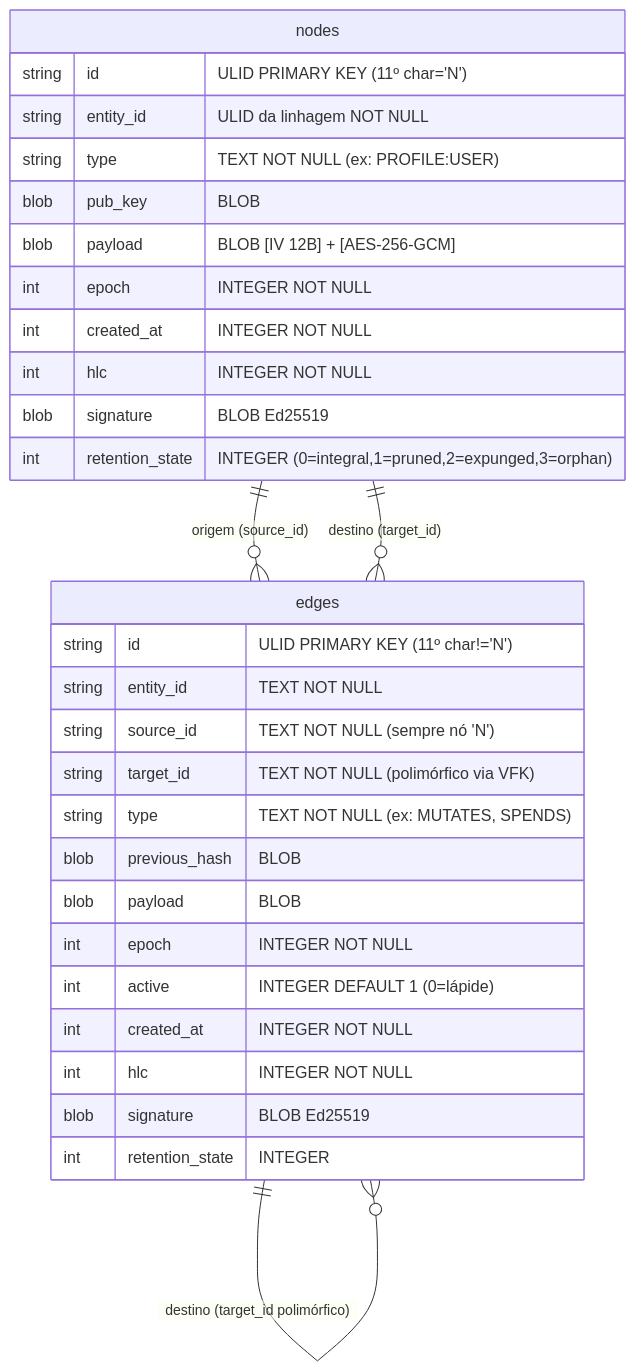
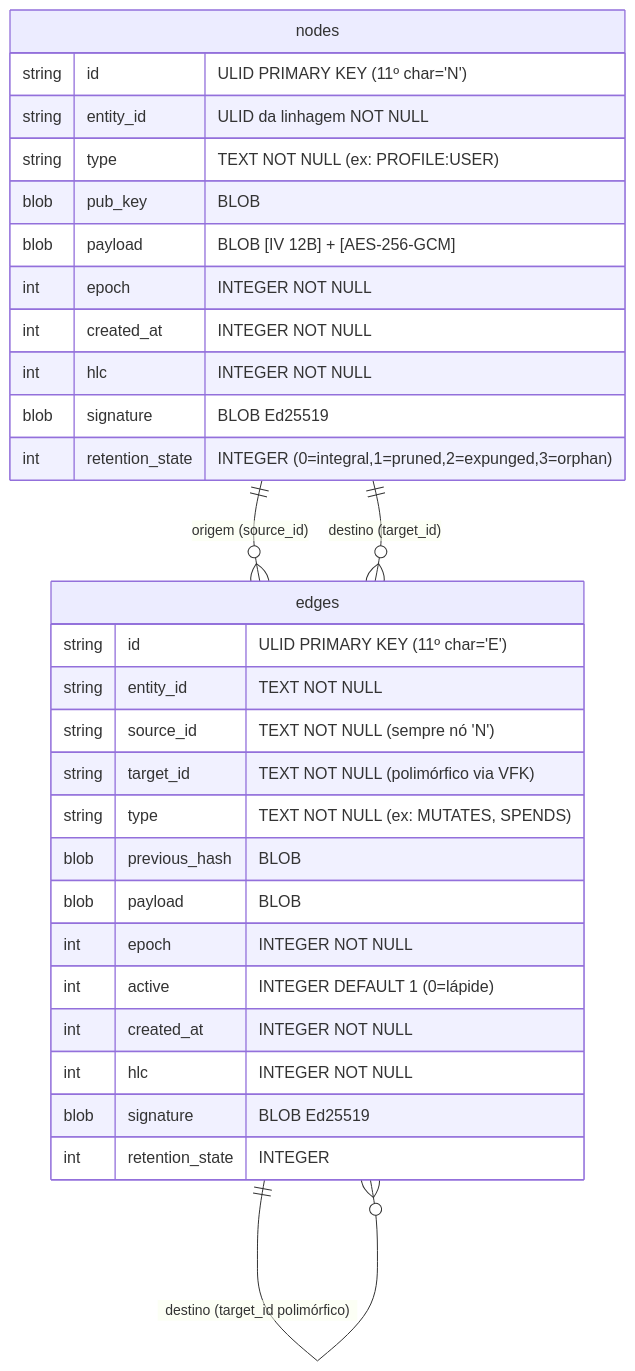
One commit to IsraelZG/specs-and-tasks changed the second of 3 diagrams in docs/conceitos/visao-arquitetural.md. Above: the diagram before and after it, drawn with Mermaid. The commit also changed 533 other files, not shown here.

````diff
--- a/docs/conceitos/visao-arquitetural.md
+++ b/docs/conceitos/visao-arquitetural.md
@@ -58,35 +58,35 @@
 ```mermaid
 erDiagram
     nodes {
         string id "ULID PRIMARY KEY (11º char='N')"
         string entity_id "ULID da linhagem NOT NULL"
         string type "TEXT NOT NULL (ex: PROFILE:USER)"
         blob pub_key "BLOB"
         blob payload "BLOB [IV 12B] + [AES-256-GCM]"
         int epoch "INTEGER NOT NULL"
         int created_at "INTEGER NOT NULL"
         int hlc "INTEGER NOT NULL"
         blob signature "BLOB Ed25519"
         int retention_state "INTEGER (0=integral,1=pruned,2=expunged,3=orphan)"
     }
 
     edges {
-        string id "ULID PRIMARY KEY (11º char!='N')"
+        string id "ULID PRIMARY KEY (11º char='E')"
         string entity_id "TEXT NOT NULL"
         string source_id "TEXT NOT NULL (sempre nó 'N')"
         string target_id "TEXT NOT NULL (polimórfico via VFK)"
         string type "TEXT NOT NULL (ex: MUTATES, SPENDS)"
         blob previous_hash "BLOB"
         blob payload "BLOB"
         int epoch "INTEGER NOT NULL"
         int active "INTEGER DEFAULT 1 (0=lápide)"
         int created_at "INTEGER NOT NULL"
         int hlc "INTEGER NOT NULL"
         blob signature "BLOB Ed25519"
         int retention_state "INTEGER"
     }
 
     nodes ||--o{ edges : "origem (source_id)"
     nodes ||--o{ edges : "destino (target_id)"
     edges ||--o{ edges : "destino (target_id polimórfico)"
 ```
````
